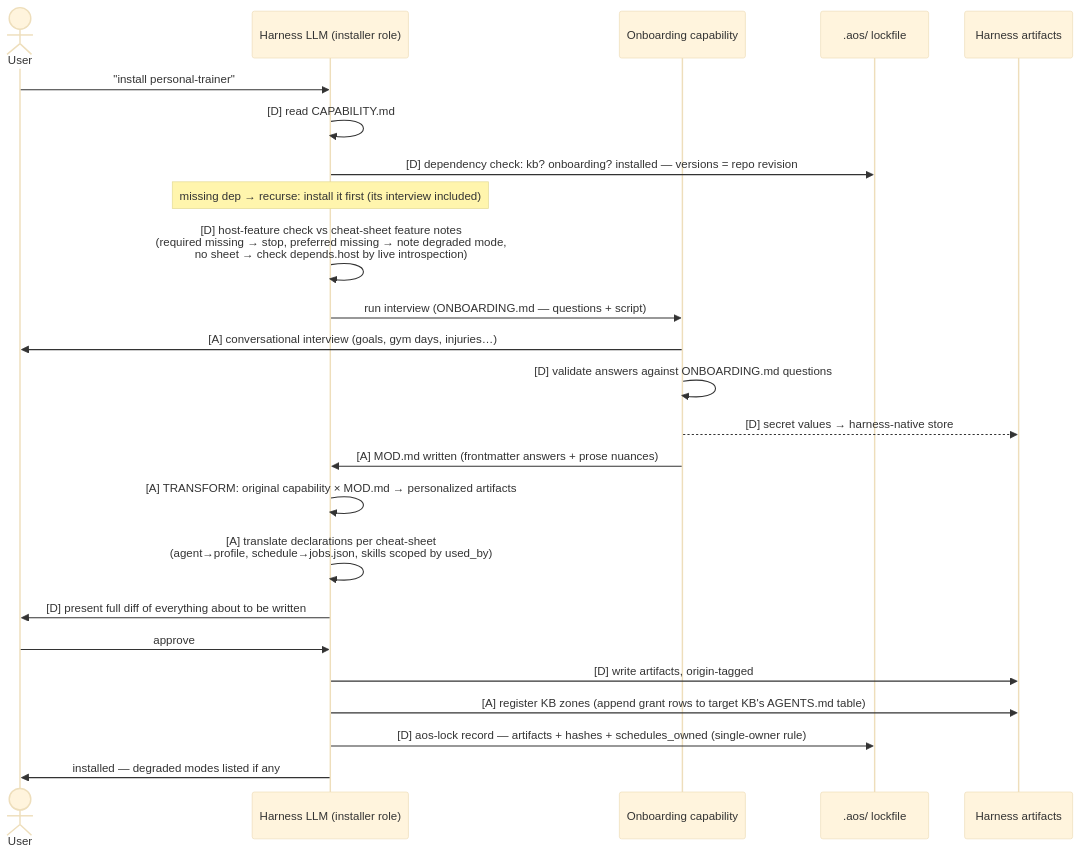
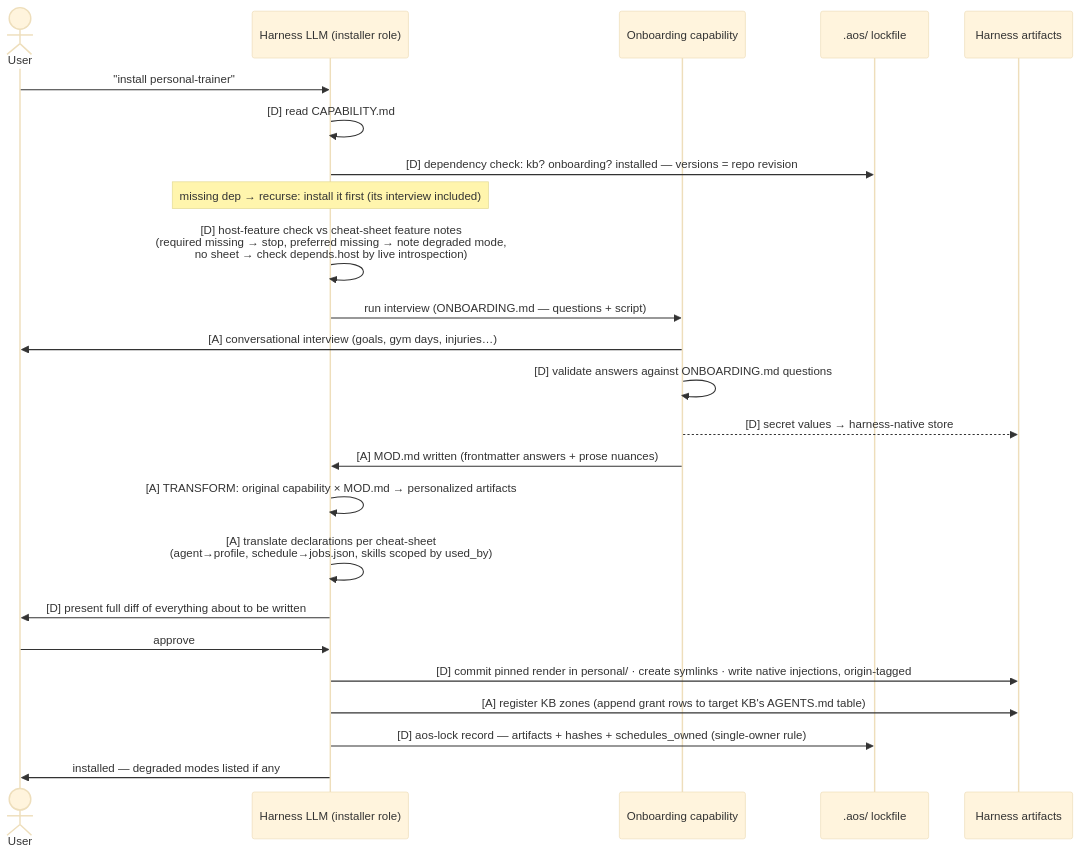
Before and after one commit to AlmogBaku/aos: the first of 2 diagrams in design/install-flow.md, drawn with Mermaid (base theme). The commit also changed other lines of this file and 6 other files, not shown here.

````diff
--- a/design/install-flow.md
+++ b/design/install-flow.md
@@ -22,27 +22,27 @@
 ```mermaid
 sequenceDiagram
     actor U as User
     participant H as Harness LLM (installer role)
     participant O as Onboarding capability
     participant L as .aos/ lockfile
     participant HA as Harness artifacts
 
     U->>H: "install personal-trainer"
     H->>H: [D] read CAPABILITY.md
     H->>L: [D] dependency check: kb? onboarding? installed — versions = repo revision
     Note over H: missing dep → recurse: install it first (its interview included)
     H->>H: [D] host-feature check vs cheat-sheet feature notes<br/>(required missing → stop, preferred missing → note degraded mode,<br/>no sheet → check depends.host by live introspection)
     H->>O: run interview (ONBOARDING.md — questions + script)
     O->>U: [A] conversational interview (goals, gym days, injuries…)
     O->>O: [D] validate answers against ONBOARDING.md questions
     O-->>HA: [D] secret values → harness-native store
     O->>H: [A] MOD.md written (frontmatter answers + prose nuances)
     H->>H: [A] TRANSFORM: original capability × MOD.md → personalized artifacts
     H->>H: [A] translate declarations per cheat-sheet<br/>(agent→profile, schedule→jobs.json, skills scoped by used_by)
     H->>U: [D] present full diff of everything about to be written
     U->>H: approve
-    H->>HA: [D] write artifacts, origin-tagged
+    H->>HA: [D] commit pinned render in personal/ · create symlinks · write native injections, origin-tagged
     H->>HA: [A] register KB zones (append grant rows to target KB's AGENTS.md table)
     H->>L: [D] aos-lock record — artifacts + hashes + schedules_owned (single-owner rule)
     H->>U: installed — degraded modes listed if any
 ```
````
